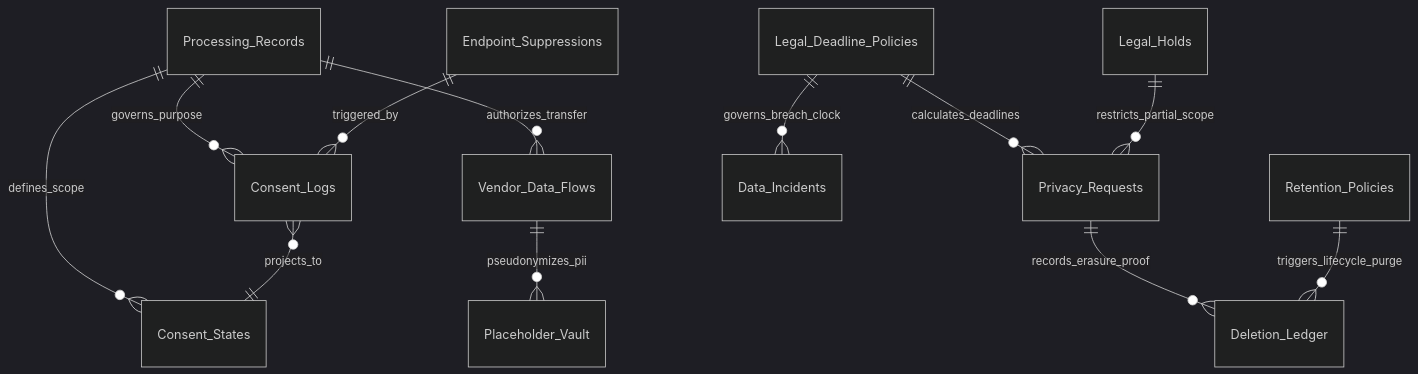
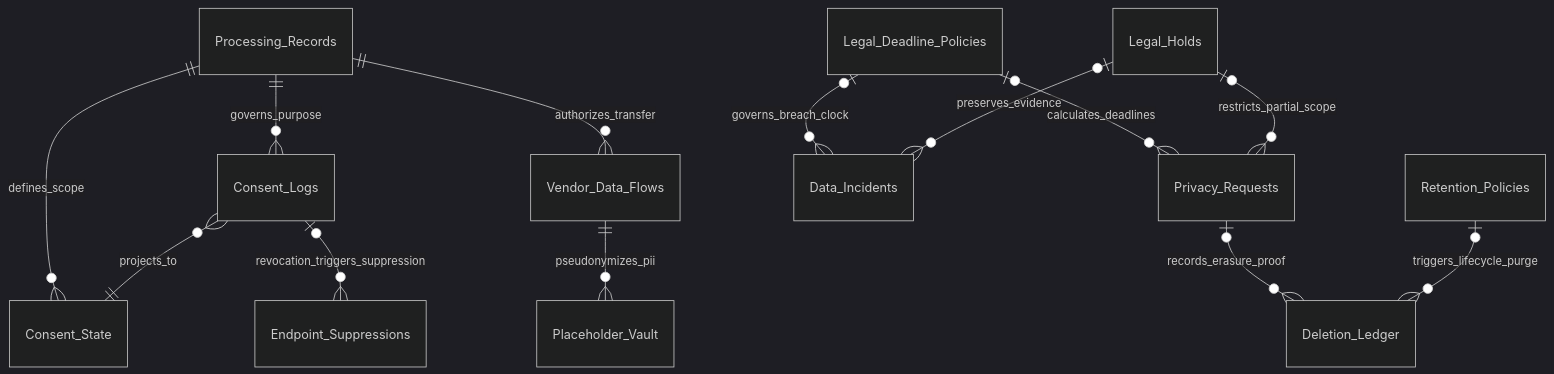
One commit to thuanmartech-dotcom/crm-marketing changed the fifth of 5 diagrams in 02-specs/modules/M20-PRIVACY-CONSENT-RETENTION.md. Above: the diagram before and after it, drawn with Mermaid (dark theme). The commit also changed other lines of this file and 28 other files, not shown here.

````diff
--- a/02-specs/modules/M20-PRIVACY-CONSENT-RETENTION.md
+++ b/02-specs/modules/M20-PRIVACY-CONSENT-RETENTION.md
@@ -329,14 +333,15 @@
 ```mermaid
 erDiagram
     Processing_Records ||--o{ Consent_Logs : governs_purpose
-    Processing_Records ||--o{ Consent_States : defines_scope
+    Processing_Records ||--o{ Consent_State : defines_scope
     Processing_Records ||--o{ Vendor_Data_Flows : authorizes_transfer
-    Consent_Logs }o--|| Consent_States : projects_to
-    Endpoint_Suppressions ||--o{ Consent_Logs : triggered_by
-    Legal_Deadline_Policies ||--o{ Privacy_Requests : calculates_deadlines
-    Legal_Deadline_Policies ||--o{ Data_Incidents : governs_breach_clock
-    Privacy_Requests ||--o{ Deletion_Ledger : records_erasure_proof
-    Retention_Policies ||--o{ Deletion_Ledger : triggers_lifecycle_purge
-    Legal_Holds ||--o{ Privacy_Requests : restricts_partial_scope
+    Consent_Logs }o--|| Consent_State : projects_to
+    Consent_Logs |o--o{ Endpoint_Suppressions : revocation_triggers_suppression
+    Legal_Deadline_Policies |o--o{ Privacy_Requests : calculates_deadlines
+    Legal_Deadline_Policies |o--o{ Data_Incidents : governs_breach_clock
+    Privacy_Requests |o--o{ Deletion_Ledger : records_erasure_proof
+    Retention_Policies |o--o{ Deletion_Ledger : triggers_lifecycle_purge
+    Legal_Holds |o--o{ Privacy_Requests : restricts_partial_scope
     Vendor_Data_Flows ||--o{ Placeholder_Vault : pseudonymizes_pii
+    Legal_Holds |o--o{ Data_Incidents : preserves_evidence
 ```
````
